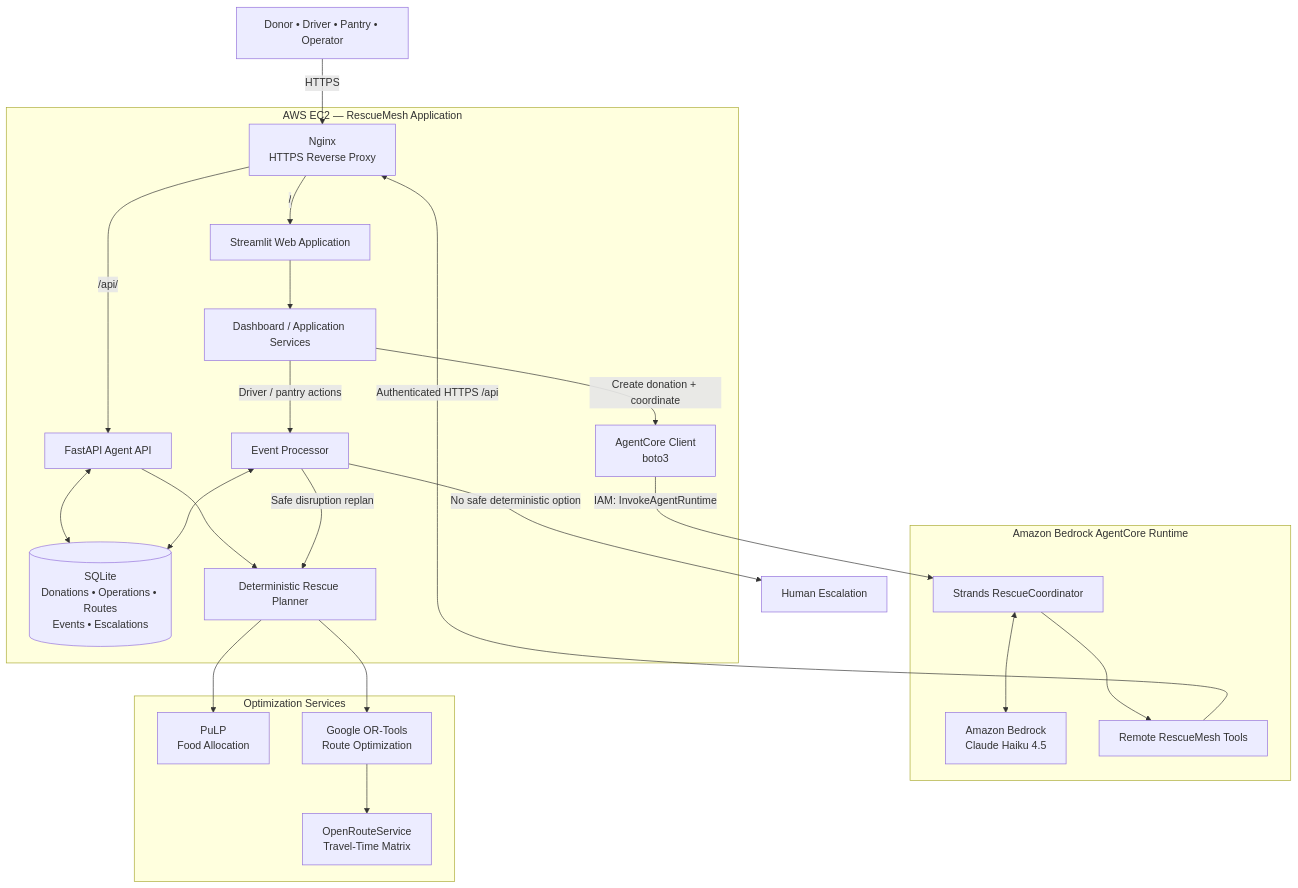
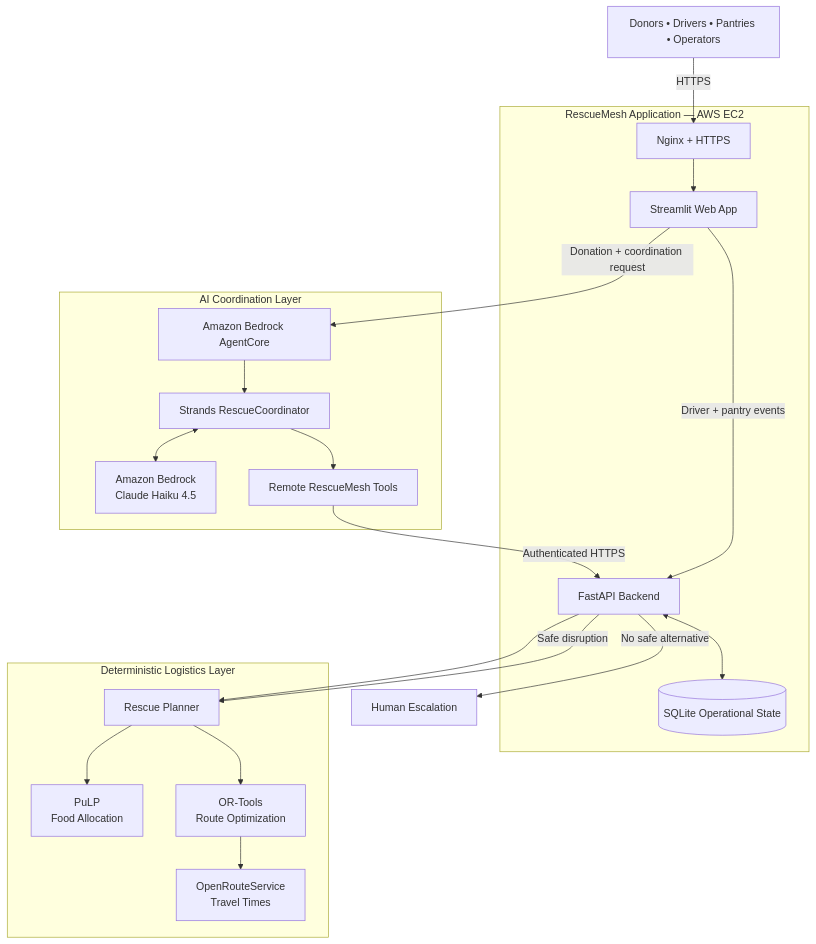
The diagram in README.md (maithili74/rescuemesh), drawn with Mermaid before and after one commit. The commit also changed other lines of this file, not shown here.

````diff
--- a/README.md
+++ b/README.md
@@ -196,53 +188,49 @@
 ```mermaid
-flowchart TD
+flowchart TB
 
-    USERS["Donor • Driver • Pantry • Operator"]
+    USERS["Donors • Drivers • Pantries • Operators"]
 
-    subgraph EC2["AWS EC2 — RescueMesh Application"]
-        NGINX["Nginx<br/>HTTPS Reverse Proxy"]
-        UI["Streamlit Web Application"]
-        APP["Dashboard / Application Services"]
-        CLIENT["AgentCore Client<br/>boto3"]
-        API["FastAPI Agent API"]
-        EVENTS["Event Processor"]
-        DB[("SQLite<br/>Donations • Operations • Routes<br/>Events • Escalations")]
-        PLANNER["Deterministic Rescue Planner"]
+    subgraph WEB["RescueMesh Application — AWS EC2"]
+        NGINX["Nginx + HTTPS"]
+        UI["Streamlit Web App"]
+        API["FastAPI Backend"]
+        DB[("SQLite Operational State")]
     end
 
-    subgraph AGENTCORE["Amazon Bedrock AgentCore Runtime"]
-        AGENT["Strands RescueCoordinator"]
-        MODEL["Amazon Bedrock<br/>Claude Haiku 4.5"]
+    subgraph AI["AI Coordination Layer"]
+        AC["Amazon Bedrock AgentCore"]
+        STRANDS["Strands RescueCoordinator"]
+        BEDROCK["Amazon Bedrock<br/>Claude Haiku 4.5"]
         TOOLS["Remote RescueMesh Tools"]
-
-        AGENT <--> MODEL
-        AGENT --> TOOLS
     end
 
-    subgraph OPT["Optimization Services"]
+    subgraph LOGISTICS["Deterministic Logistics Layer"]
+        PLANNER["Rescue Planner"]
         PULP["PuLP<br/>Food Allocation"]
-        ORTOOLS["Google OR-Tools<br/>Route Optimization"]
-        ORS["OpenRouteService<br/>Travel-Time Matrix"]
+        ORTOOLS["OR-Tools<br/>Route Optimization"]
+        ORS["OpenRouteService<br/>Travel Times"]
     end
 
     USERS -->|"HTTPS"| NGINX
-    NGINX -->|"/"| UI
-    UI --> APP
+    NGINX --> UI
 
-    APP -->|"Create donation + coordinate"| CLIENT
-    CLIENT -->|"IAM: InvokeAgentRuntime"| AGENT
+    UI -->|"Donation + coordination request"| AC
 
-    TOOLS -->|"Authenticated HTTPS /api"| NGINX
-    NGINX -->|"/api/"| API
+    AC --> STRANDS
+    STRANDS <--> BEDROCK
+    STRANDS --> TOOLS
 
+    TOOLS -->|"Authenticated HTTPS"| API
+
+    API <--> DB
     API --> PLANNER
-    API <--> DB
 
     PLANNER --> PULP
     PLANNER --> ORTOOLS
     ORTOOLS --> ORS
 
-    APP -->|"Driver / pantry actions"| EVENTS
-    EVENTS <--> DB
-    EVENTS -->|"Safe disruption replan"| PLANNER
-    EVENTS -->|"No safe deterministic option"| HUMAN["Human Escalation"]
+    UI -->|"Driver + pantry events"| API
+
+    API -->|"Safe disruption"| PLANNER
+    API -->|"No safe alternative"| HUMAN["Human Escalation"]
 ```
````
